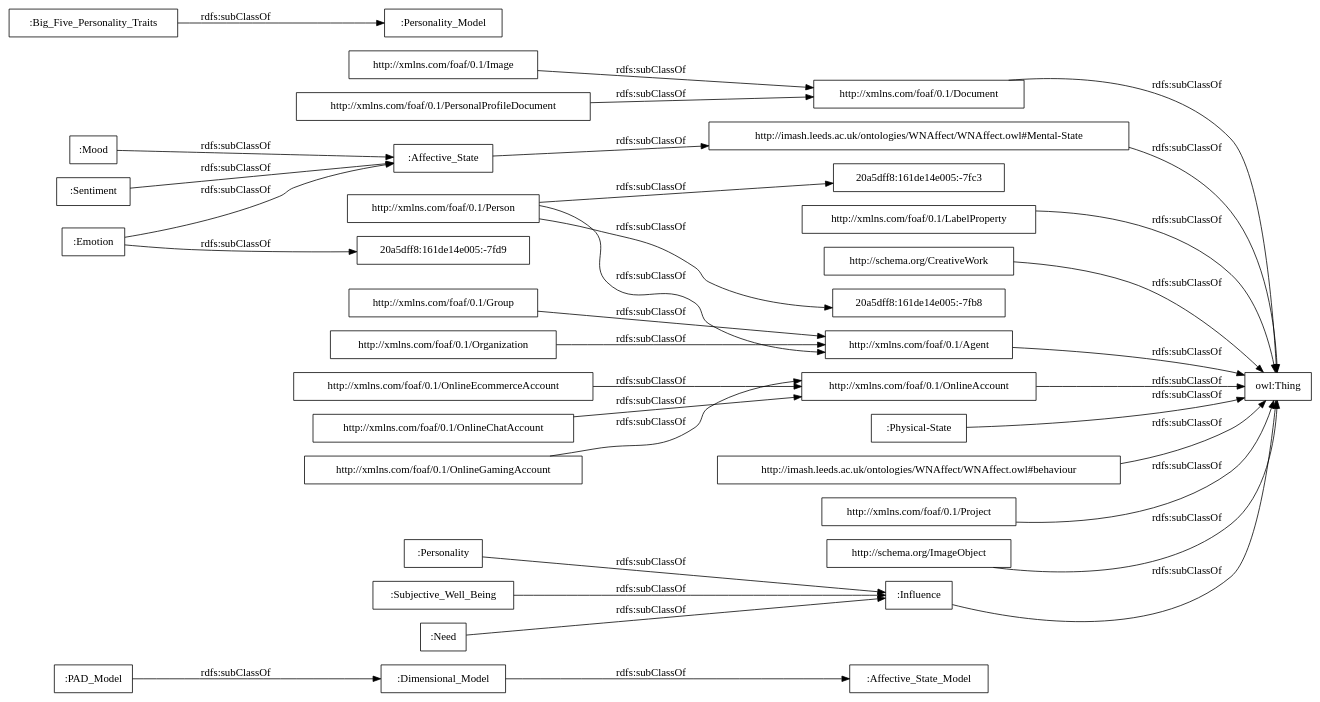
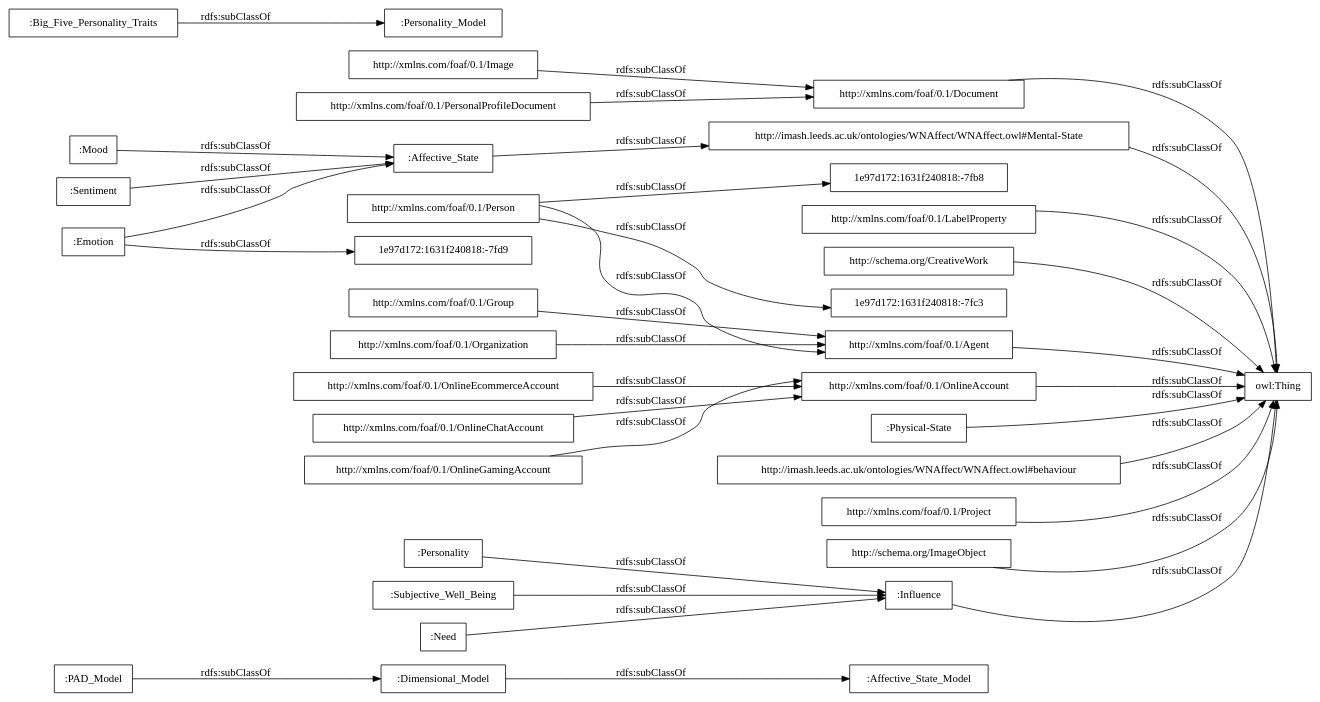
One commit to rana-othman/HASIO-Modularization changed the diagram in OnToology/Affective_States_Influences_Relations_Module.owl/diagrams/ar2dtool-taxonomy/Affective_States_Influences_Relations_Module.owl.png.dot. Above: the diagram before and after it, drawn with Graphviz. The commit also changed 94 other files, not shown here.

```diff
--- a/OnToology/Affective_States_Influences_Relations_Module.owl/diagrams/ar2dtool-taxonomy/Affective_States_Influences_Relations_Module.owl.png.dot
+++ b/OnToology/Affective_States_Influences_Relations_Module.owl/diagrams/ar2dtool-taxonomy/Affective_States_Influences_Relations_Module.owl.png.dot
@@ -1,38 +1,38 @@
 digraph ar2dtool_diagram { 
 rankdir=LR;
 size="1000"
-node [shape = rectangle, color="black"]; ":Affective_State_Model" ":Personality" "http://xmlns.com/foaf/0.1/Document" ":Sentiment" "20a5dff8:161de14e005:-7fc3" ":Emotion" "http://xmlns.com/foaf/0.1/OnlineGamingAccount" "http://xmlns.com/foaf/0.1/Group" ":Influence" ":Affective_State" "http://imash.leeds.ac.uk/ontologies/WNAffect/WNAffect.owl#Mental-State" "http://xmlns.com/foaf/0.1/LabelProperty" ":Mood" ":Dimensional_Model" "20a5dff8:161de14e005:-7fd9" "http://xmlns.com/foaf/0.1/Person" ":Need" "http://xmlns.com/foaf/0.1/OnlineEcommerceAccount" ":Subjective_Well_Being" "http://schema.org/CreativeWork" "http://xmlns.com/foaf/0.1/Organization" "http://xmlns.com/foaf/0.1/Agent" ":Physical-State" "http://imash.leeds.ac.uk/ontologies/WNAffect/WNAffect.owl#behaviour" ":Personality_Model" "http://xmlns.com/foaf/0.1/OnlineChatAccount" "20a5dff8:161de14e005:-7fb8" "http://xmlns.com/foaf/0.1/Image" "http://xmlns.com/foaf/0.1/PersonalProfileDocument" ":Big_Five_Personality_Traits" ":PAD_Model" "http://xmlns.com/foaf/0.1/Project" "http://schema.org/ImageObject" "http://xmlns.com/foaf/0.1/OnlineAccount" ; /*classes style*/
+node [shape = rectangle, color="black"]; ":Affective_State_Model" ":Personality" "http://xmlns.com/foaf/0.1/Document" ":Sentiment" ":Emotion" "http://xmlns.com/foaf/0.1/OnlineGamingAccount" "http://xmlns.com/foaf/0.1/Group" ":Influence" ":Affective_State" "http://imash.leeds.ac.uk/ontologies/WNAffect/WNAffect.owl#Mental-State" "http://xmlns.com/foaf/0.1/LabelProperty" ":Mood" ":Dimensional_Model" "http://xmlns.com/foaf/0.1/Person" ":Need" "http://xmlns.com/foaf/0.1/OnlineEcommerceAccount" "1e97d172:1631f240818:-7fd9" ":Subjective_Well_Being" "http://schema.org/CreativeWork" "1e97d172:1631f240818:-7fb8" "http://xmlns.com/foaf/0.1/Organization" "http://xmlns.com/foaf/0.1/Agent" ":Physical-State" "http://imash.leeds.ac.uk/ontologies/WNAffect/WNAffect.owl#behaviour" ":Personality_Model" "http://xmlns.com/foaf/0.1/OnlineChatAccount" "1e97d172:1631f240818:-7fc3" "http://xmlns.com/foaf/0.1/Image" "http://xmlns.com/foaf/0.1/PersonalProfileDocument" ":Big_Five_Personality_Traits" ":PAD_Model" "http://xmlns.com/foaf/0.1/Project" "http://schema.org/ImageObject" "http://xmlns.com/foaf/0.1/OnlineAccount" ; /*classes style*/
 	"http://xmlns.com/foaf/0.1/Project" -> "owl:Thing" [ label = "rdfs:subClassOf" ];
 	":Physical-State" -> "owl:Thing" [ label = "rdfs:subClassOf" ];
 	"http://xmlns.com/foaf/0.1/Document" -> "owl:Thing" [ label = "rdfs:subClassOf" ];
 	":PAD_Model" -> ":Dimensional_Model" [ label = "rdfs:subClassOf" ];
 	"http://schema.org/ImageObject" -> "owl:Thing" [ label = "rdfs:subClassOf" ];
-	":Emotion" -> "20a5dff8:161de14e005:-7fd9" [ label = "rdfs:subClassOf" ];
+	":Emotion" -> "1e97d172:1631f240818:-7fd9" [ label = "rdfs:subClassOf" ];
 	":Emotion" -> ":Affective_State" [ label = "rdfs:subClassOf" ];
 	":Influence" -> "owl:Thing" [ label = "rdfs:subClassOf" ];
 	"http://xmlns.com/foaf/0.1/OnlineGamingAccount" -> "http://xmlns.com/foaf/0.1/OnlineAccount" [ label = "rdfs:subClassOf" ];
 	"http://imash.leeds.ac.uk/ontologies/WNAffect/WNAffect.owl#Mental-State" -> "owl:Thing" [ label = "rdfs:subClassOf" ];
 	"http://xmlns.com/foaf/0.1/PersonalProfileDocument" -> "http://xmlns.com/foaf/0.1/Document" [ label = "rdfs:subClassOf" ];
 	"http://imash.leeds.ac.uk/ontologies/WNAffect/WNAffect.owl#behaviour" -> "owl:Thing" [ label = "rdfs:subClassOf" ];
 	":Big_Five_Personality_Traits" -> ":Personality_Model" [ label = "rdfs:subClassOf" ];
 	"http://xmlns.com/foaf/0.1/Group" -> "http://xmlns.com/foaf/0.1/Agent" [ label = "rdfs:subClassOf" ];
 	"http://xmlns.com/foaf/0.1/OnlineChatAccount" -> "http://xmlns.com/foaf/0.1/OnlineAccount" [ label = "rdfs:subClassOf" ];
 	":Sentiment" -> ":Affective_State" [ label = "rdfs:subClassOf" ];
 	":Subjective_Well_Being" -> ":Influence" [ label = "rdfs:subClassOf" ];
 	"http://xmlns.com/foaf/0.1/Image" -> "http://xmlns.com/foaf/0.1/Document" [ label = "rdfs:subClassOf" ];
 	":Affective_State" -> "http://imash.leeds.ac.uk/ontologies/WNAffect/WNAffect.owl#Mental-State" [ label = "rdfs:subClassOf" ];
-	"http://xmlns.com/foaf/0.1/Person" -> "20a5dff8:161de14e005:-7fc3" [ label = "rdfs:subClassOf" ];
-	"http://xmlns.com/foaf/0.1/Person" -> "20a5dff8:161de14e005:-7fb8" [ label = "rdfs:subClassOf" ];
+	"http://xmlns.com/foaf/0.1/Person" -> "1e97d172:1631f240818:-7fc3" [ label = "rdfs:subClassOf" ];
+	"http://xmlns.com/foaf/0.1/Person" -> "1e97d172:1631f240818:-7fb8" [ label = "rdfs:subClassOf" ];
 	"http://xmlns.com/foaf/0.1/Person" -> "http://xmlns.com/foaf/0.1/Agent" [ label = "rdfs:subClassOf" ];
 	":Dimensional_Model" -> ":Affective_State_Model" [ label = "rdfs:subClassOf" ];
 	"http://xmlns.com/foaf/0.1/Agent" -> "owl:Thing" [ label = "rdfs:subClassOf" ];
 	":Personality" -> ":Influence" [ label = "rdfs:subClassOf" ];
 	"http://xmlns.com/foaf/0.1/Organization" -> "http://xmlns.com/foaf/0.1/Agent" [ label = "rdfs:subClassOf" ];
 	"http://xmlns.com/foaf/0.1/OnlineAccount" -> "owl:Thing" [ label = "rdfs:subClassOf" ];
 	":Mood" -> ":Affective_State" [ label = "rdfs:subClassOf" ];
 	"http://schema.org/CreativeWork" -> "owl:Thing" [ label = "rdfs:subClassOf" ];
 	"http://xmlns.com/foaf/0.1/LabelProperty" -> "owl:Thing" [ label = "rdfs:subClassOf" ];
 	":Need" -> ":Influence" [ label = "rdfs:subClassOf" ];
 	"http://xmlns.com/foaf/0.1/OnlineEcommerceAccount" -> "http://xmlns.com/foaf/0.1/OnlineAccount" [ label = "rdfs:subClassOf" ];
 
 }
```
